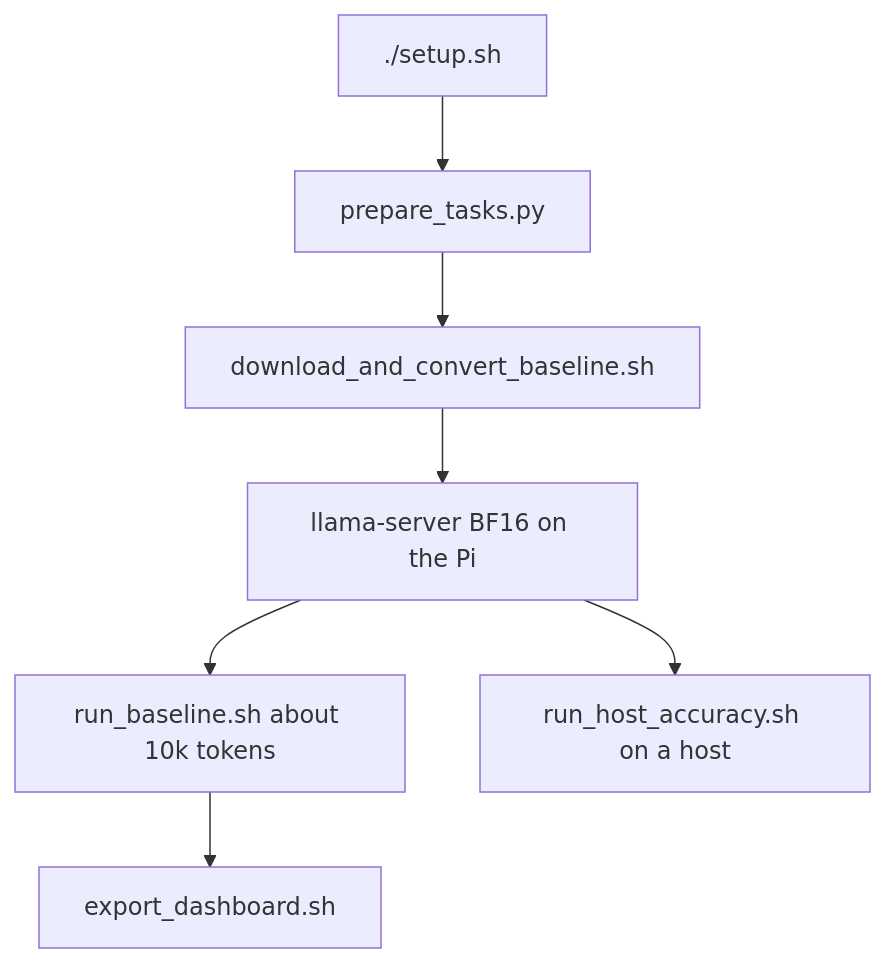
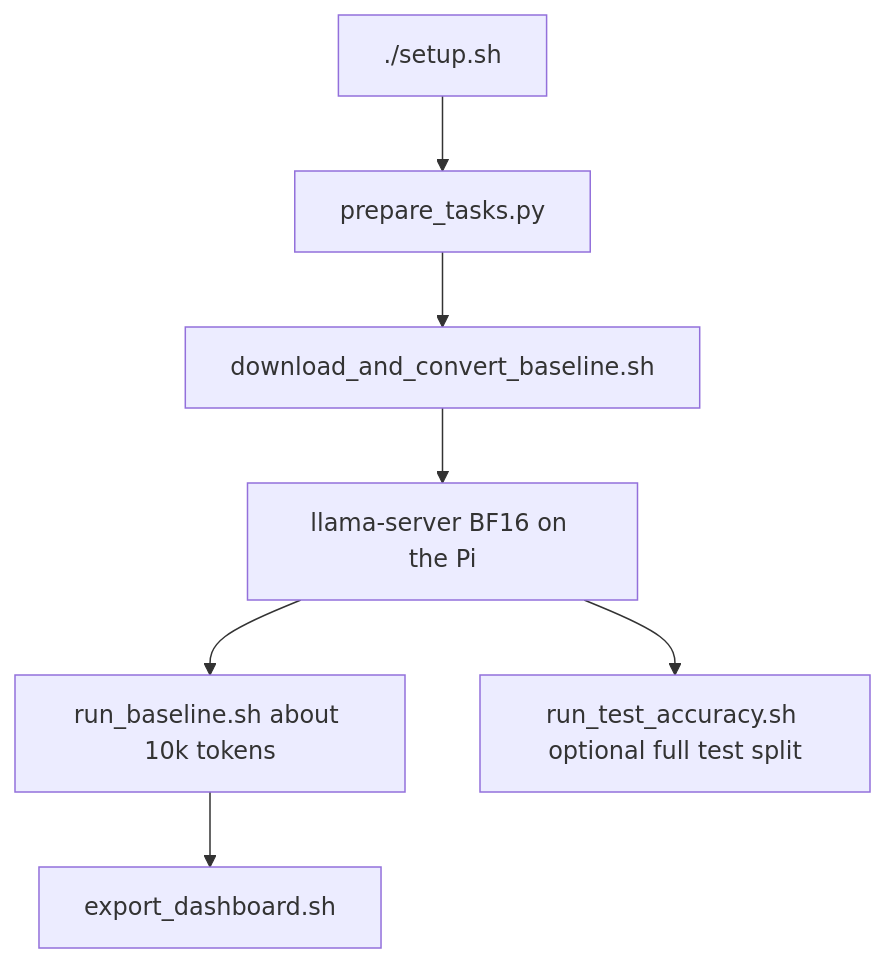
Before and after one commit to WajahatRiaz/g7a1-ai-edge-devices-project: the third of 3 diagrams in README.md, drawn with Mermaid. The commit also changed other lines of this file and 11 other files, not shown here.

````diff
--- a/README.md
+++ b/README.md
@@ -245,9 +244,9 @@
 ```mermaid
 flowchart TD
   A[./setup.sh] --> B[prepare_tasks.py]
   B --> C[download_and_convert_baseline.sh]
   C --> D[llama-server BF16 on the Pi]
   D --> E[run_baseline.sh about 10k tokens]
   E --> F[export_dashboard.sh]
-  D --> G[run_host_accuracy.sh on a host]
+  D --> G[run_test_accuracy.sh optional full test split]
 ```
````
